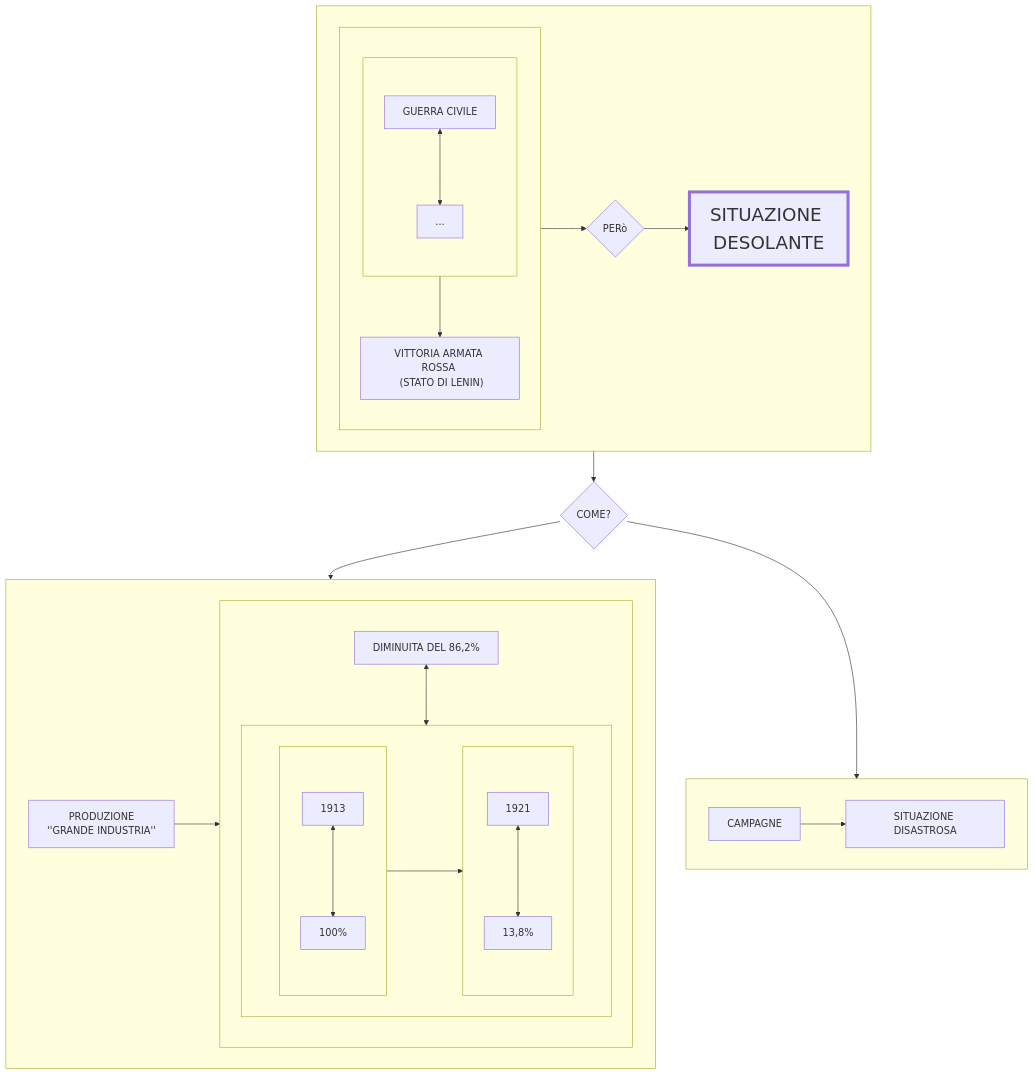
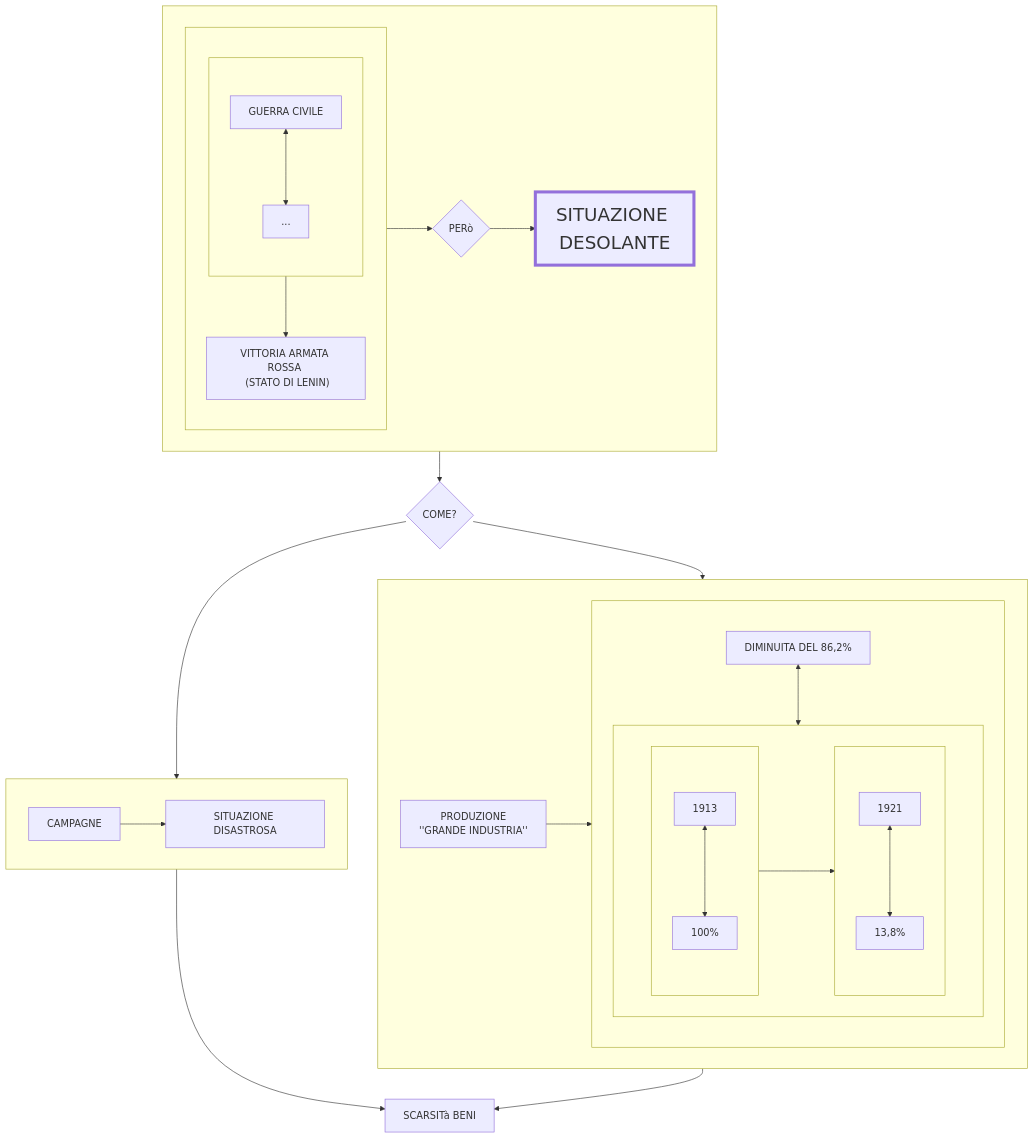
Before and after one commit to Laaouatni/ricerca-storia-MermaidJS: the diagram in prova.md, drawn with Mermaid.

````diff
--- a/prova.md
+++ b/prova.md
@@ -1,52 +1,54 @@
 ```mermaid
 flowchart TB
     classDef classGrande font-size: 30px, stroke-width: 5px;
     subgraph 017[" "]
       subgraph 016[" "]
         subgraph 01[" "]
           010[GUERRA CIVILE]
           0100[...]
           010 <--> 0100
         end
         011["VITTORIA ARMATA ROSSA <br> (STATO DI LENIN)"]
         01 --> 011
       end
       016 --> 012 --> 013
       012{PERò}
       013[SITUAZIONE DESOLANTE]:::classGrande
     end
     %% 013 --> 014
        017 --> 014
     014{COME?}
     subgraph 2[" "]
       20[PRODUZIONE <br> ''GRANDE INDUSTRIA'']
       subgraph 21[" "]
         200[DIMINUITA DEL 86,2%]
         subgraph 210[" "]
           direction LR;
           subgraph 22[" "]
             direction TB;
             220[1913]
             221[100%]
             220 <-->221
           end
           subgraph 23[" "]
             direction TB;
             230[1921]
             231[13,8%]
             230 <--> 231
           end
           22 --> 23
         end
         200 <--> 210
       end
       20 --> 21
     end
     014 --> 2
     subgraph 3[" "]
       30[CAMPAGNE]
       31[SITUAZIONE DISASTROSA]
       30 --> 31
     end
     014 --> 3
+    4[SCARSITà BENI]
+    3 & 2 --> 4
 ```
````
